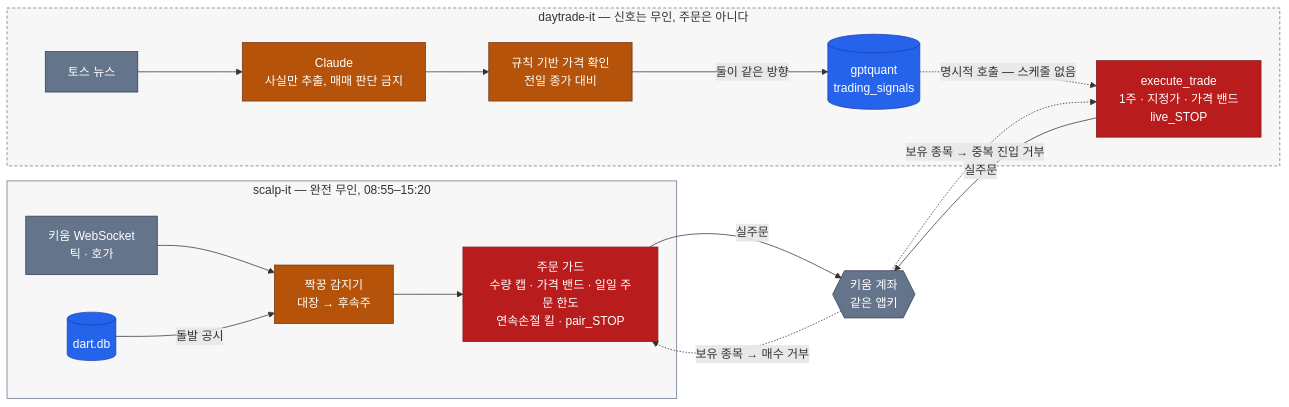
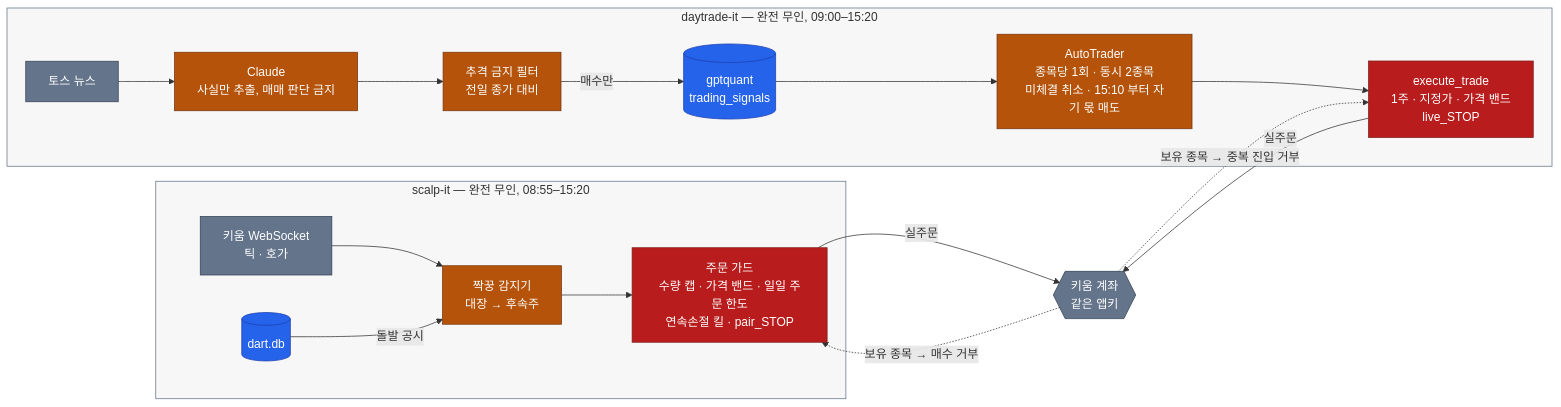
The third of 3 diagrams in README.ko.md (younghwan91/younghwan91), drawn with Mermaid before and after one commit. The commit also changed other lines of this file and 1 other file, not shown here.

First line of the commit message:
docs(readme): kr-quant → swing-it 개명, daytrade-it 무인 실주문 전환 반영

````diff
--- a/README.ko.md
+++ b/README.ko.md
@@ -154,35 +154,36 @@
 ```mermaid
 flowchart LR
     subgraph SCP ["scalp-it — 완전 무인, 08:55–15:20"]
         WS["키움 WebSocket<br/>틱 · 호가"] --> DET["짝꿍 감지기<br/>대장 → 후속주"]
         DART[("dart.db")] -->|"돌발 공시"| DET
         DET --> GRD["주문 가드<br/>수량 캡 · 가격 밴드 · 일일 주문 한도<br/>연속손절 킬 · pair_STOP"]
     end
 
-    subgraph DTP ["daytrade-it — 신호는 무인, 주문은 아니다"]
+    subgraph DTP ["daytrade-it — 완전 무인, 09:00–15:20"]
         TOSS["토스 뉴스"] --> CL["Claude<br/>사실만 추출, 매매 판단 금지"]
-        CL --> TC["규칙 기반 가격 확인<br/>전일 종가 대비"]
-        TC -->|"둘이 같은 방향"| SIG[("gptquant<br/>trading_signals")]
-        SIG -. "명시적 호출 — 스케줄 없음" .-> ET["execute_trade<br/>1주 · 지정가 · 가격 밴드<br/>live_STOP"]
+        CL --> TC["추격 금지 필터<br/>전일 종가 대비"]
+        TC -->|"매수만"| SIG[("gptquant<br/>trading_signals")]
+        SIG --> AT["AutoTrader<br/>종목당 1회 · 동시 2종목<br/>미체결 취소 · 15:10 부터 자기 몫 매도"]
+        AT --> ET["execute_trade<br/>1주 · 지정가 · 가격 밴드<br/>live_STOP"]
     end
 
     ACC{{"키움 계좌<br/>같은 앱키"}}
 
     GRD -->|"실주문"| ACC
     ET -->|"실주문"| ACC
     ACC -. "보유 종목 → 매수 거부" .-> GRD
     ACC -. "보유 종목 → 중복 진입 거부" .-> ET
 
     classDef live fill:#B45309,stroke:#78350F,color:#FFFFFF
     classDef store fill:#2563EB,stroke:#1E40AF,color:#FFFFFF
     classDef gate fill:#B91C1C,stroke:#7F1D1D,color:#FFFFFF
     classDef ext fill:#64748B,stroke:#334155,color:#FFFFFF
 
-    class DET,CL,TC live
+    class DET,CL,TC,AT live
     class DART,SIG store
     class GRD,ET gate
     class WS,TOSS,ACC ext
 
     style SCP fill:#0F172A08,stroke:#64748B
-    style DTP fill:#0F172A08,stroke:#64748B,stroke-dasharray:4 3
+    style DTP fill:#0F172A08,stroke:#64748B
 ```
````
